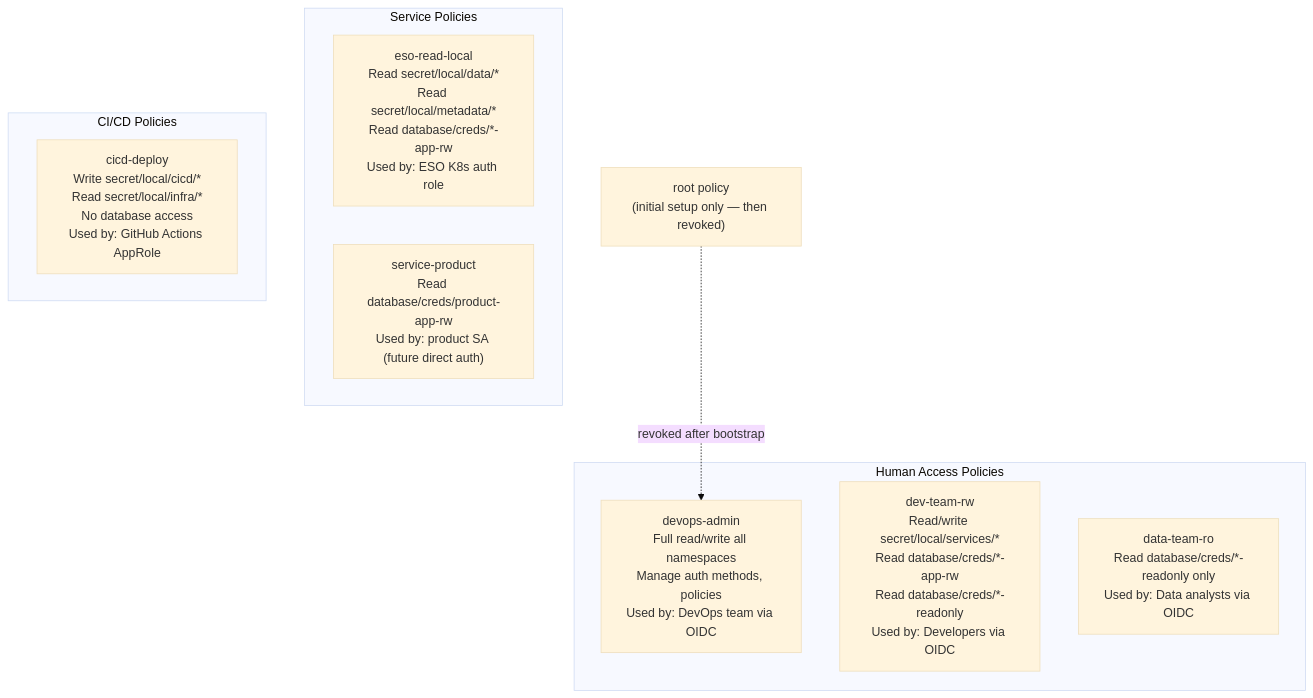
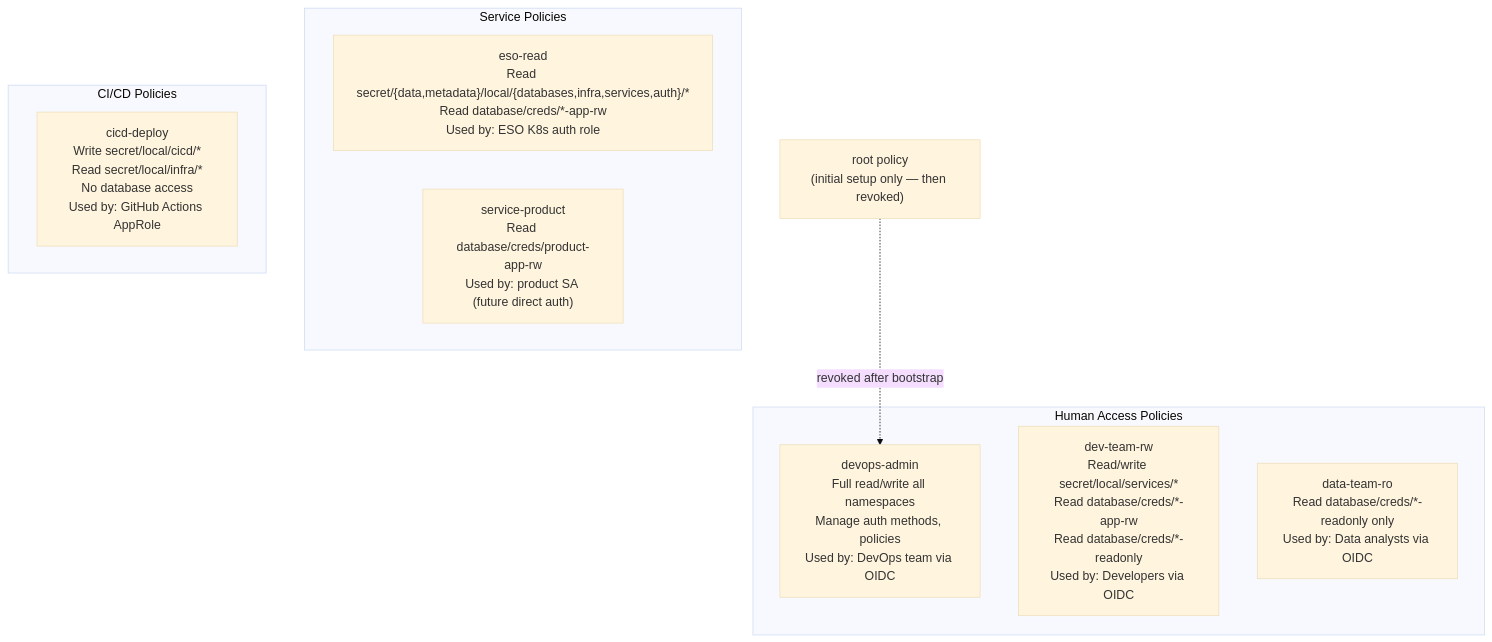
One commit to duynhlab/homelab changed diagram 14 of 18 in docs/secrets/README.md. Above: the diagram before and after it, drawn with Mermaid (base theme). The commit also changed other lines of this file and 16 other files, not shown here.

````diff
--- a/docs/secrets/README.md
+++ b/docs/secrets/README.md
@@ -690,22 +690,22 @@
 ```mermaid
 flowchart TD
     root_policy["root policy\n(initial setup only — then revoked)"]
 
     subgraph human["Human Access Policies"]
         devops_admin["devops-admin\nFull read/write all namespaces\nManage auth methods, policies\nUsed by: DevOps team via OIDC"]
         dev_rw["dev-team-rw\nRead/write secret/local/services/*\nRead database/creds/*-app-rw\nRead database/creds/*-readonly\nUsed by: Developers via OIDC"]
         data_ro["data-team-ro\nRead database/creds/*-readonly only\nUsed by: Data analysts via OIDC"]
     end
 
     subgraph service["Service Policies"]
-        eso_read["eso-read-local\nRead secret/local/data/*\nRead secret/local/metadata/*\nRead database/creds/*-app-rw\nUsed by: ESO K8s auth role"]
+        eso_read["eso-read\nRead secret/{data,metadata}/local/{databases,infra,services,auth}/*\nRead database/creds/*-app-rw\nUsed by: ESO K8s auth role"]
         svc_product["service-product\nRead database/creds/product-app-rw\nUsed by: product SA (future direct auth)"]
     end
 
     subgraph cicd["CI/CD Policies"]
         cicd_deploy["cicd-deploy\nWrite secret/local/cicd/*\nRead secret/local/infra/*\nNo database access\nUsed by: GitHub Actions AppRole"]
     end
 
     root_policy -.->|"revoked after bootstrap"| devops_admin
     devops_admin & dev_rw & data_ro & eso_read & svc_product & cicd_deploy
 ```
````
